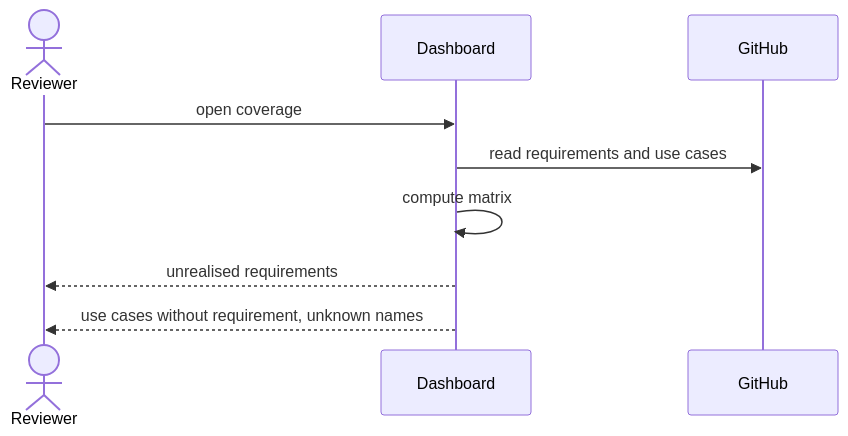
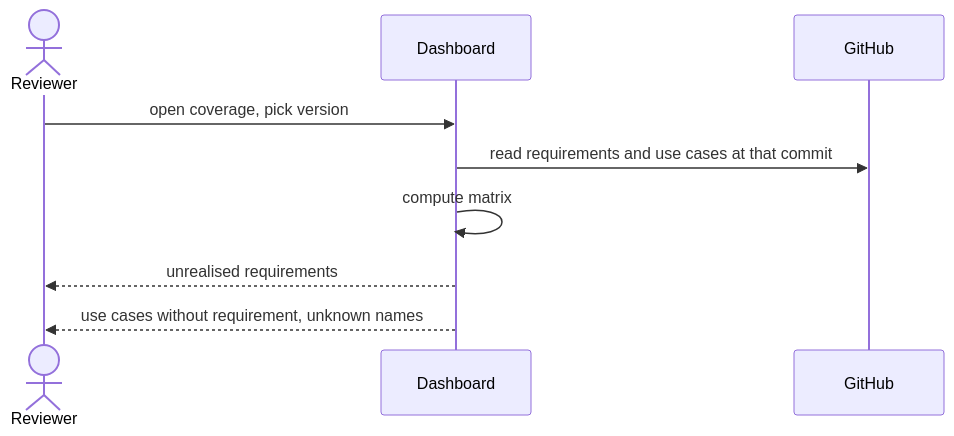
Before and after one commit to akmaier/agent-m: the diagram in docs/use-cases/UC-009-inspect-traceability-coverage.md, drawn with Mermaid. The commit also changed other lines of this file and 57 other files, not shown here.

````diff
--- a/docs/use-cases/UC-009-inspect-traceability-coverage.md
+++ b/docs/use-cases/UC-009-inspect-traceability-coverage.md
@@ -35,11 +43,11 @@
 ```mermaid
 sequenceDiagram
     actor R as Reviewer
     participant D as Dashboard
     participant G as GitHub
-    R->>D: open coverage
-    D->>G: read requirements and use cases
+    R->>D: open coverage, pick version
+    D->>G: read requirements and use cases at that commit
     D->>D: compute matrix
     D-->>R: unrealised requirements
     D-->>R: use cases without requirement, unknown names
 ```
````
